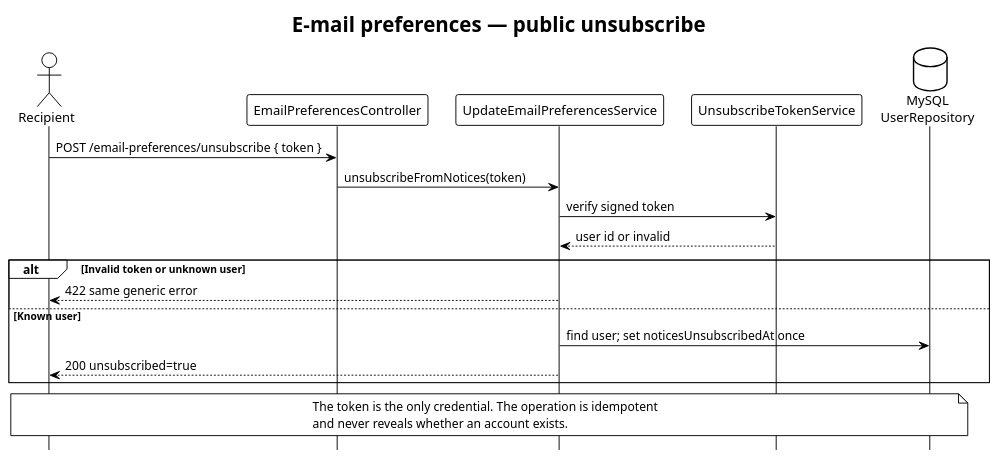
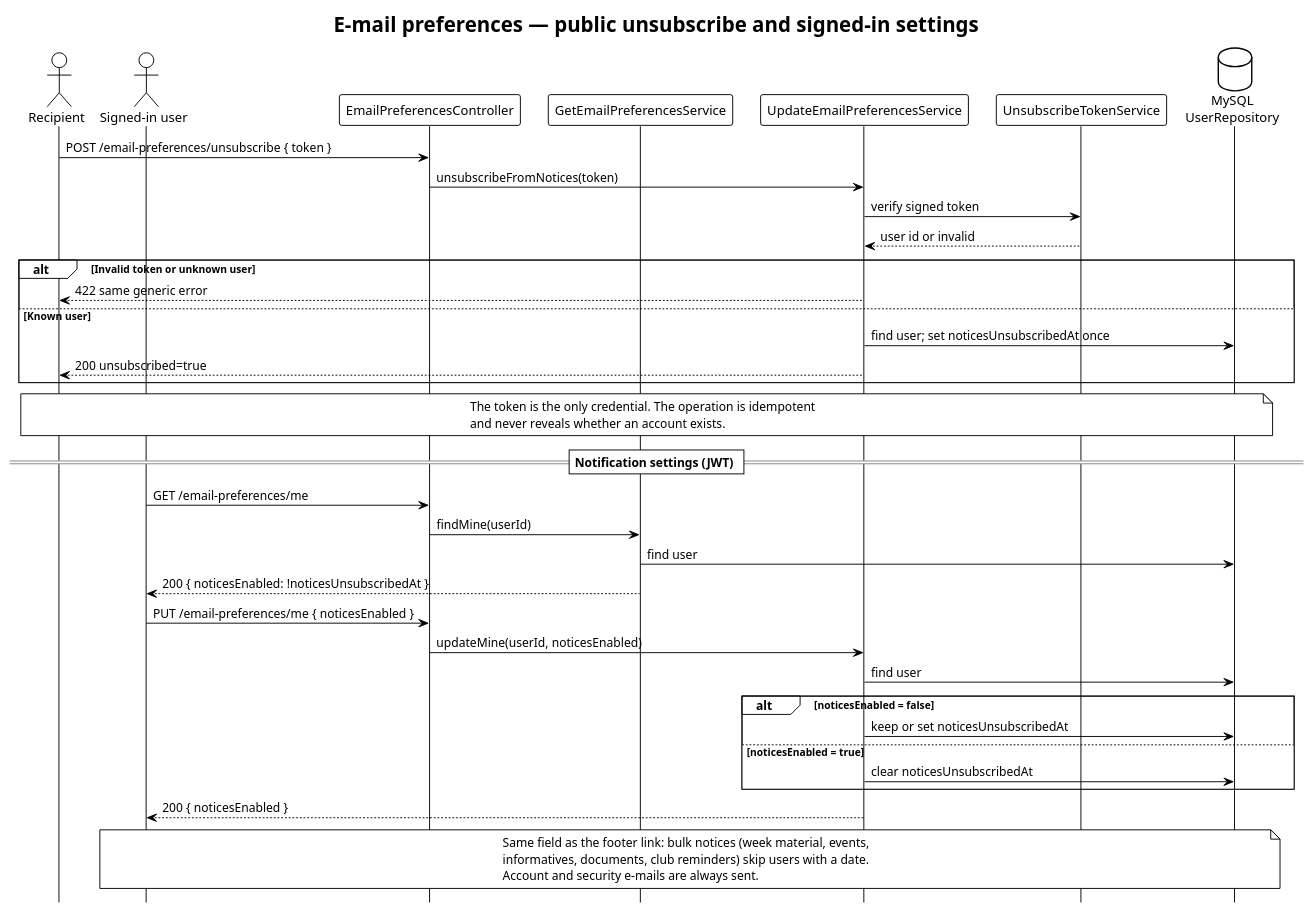
One commit to ministerioclubinhos/clubinhonib-api changed the diagram in docs/diagrams/flow/email-preferences/email-preferences-flow.puml. Above: the diagram before and after it, drawn with PlantUML. The commit also changed 46 other files, not shown here.

```diff
--- a/docs/diagrams/flow/email-preferences/email-preferences-flow.puml
+++ b/docs/diagrams/flow/email-preferences/email-preferences-flow.puml
@@ -1,30 +1,55 @@
 @startuml Email Preferences Flow - Clubinho NIB API
 !theme plain
 hide footbox
 
-title E-mail preferences — public unsubscribe
+title E-mail preferences — public unsubscribe and signed-in settings
 
 actor Recipient
+actor "Signed-in user" as User
 participant EmailPreferencesController as Controller
+participant GetEmailPreferencesService as GetService
 participant UpdateEmailPreferencesService as Service
 participant UnsubscribeTokenService as Token
 database "MySQL\nUserRepository" as Database
 
 Recipient -> Controller : POST /email-preferences/unsubscribe { token }
 Controller -> Service : unsubscribeFromNotices(token)
 Service -> Token : verify signed token
 Token --> Service : user id or invalid
 
 alt Invalid token or unknown user
   Service --> Recipient : 422 same generic error
 else Known user
   Service -> Database : find user; set noticesUnsubscribedAt once
   Service --> Recipient : 200 unsubscribed=true
 end
 
 note over Recipient, Database
   The token is the only credential. The operation is idempotent
   and never reveals whether an account exists.
 end note
 
+== Notification settings (JWT) ==
+
+User -> Controller : GET /email-preferences/me
+Controller -> GetService : findMine(userId)
+GetService -> Database : find user
+GetService --> User : 200 { noticesEnabled: !noticesUnsubscribedAt }
+
+User -> Controller : PUT /email-preferences/me { noticesEnabled }
+Controller -> Service : updateMine(userId, noticesEnabled)
+Service -> Database : find user
+alt noticesEnabled = false
+  Service -> Database : keep or set noticesUnsubscribedAt
+else noticesEnabled = true
+  Service -> Database : clear noticesUnsubscribedAt
+end
+Service --> User : 200 { noticesEnabled }
+
+note over User, Database
+  Same field as the footer link: bulk notices (week material, events,
+  informatives, documents, club reminders) skip users with a date.
+  Account and security e-mails are always sent.
+end note
+
 @enduml
```
